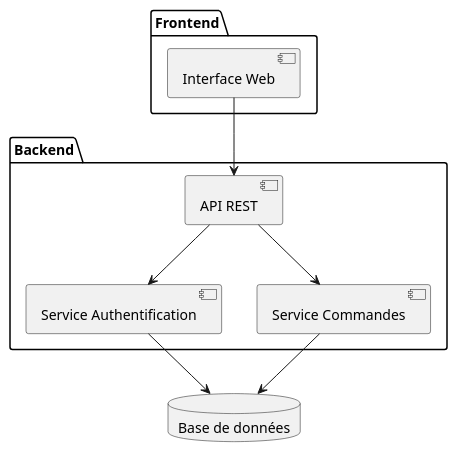
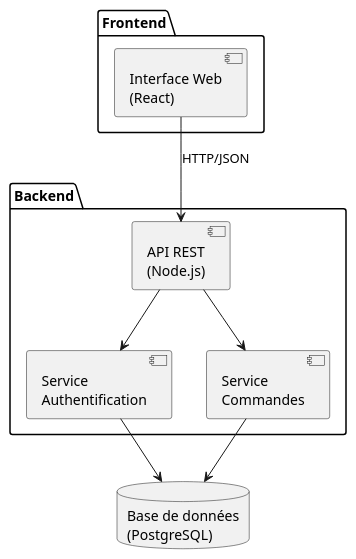
One commit to JR-CIEL-2-PROGRAMMATION/uml-learning changed the first of 2 diagrams in 07-diagramme-composants-deploiement/apport-de-connaissance/apport-de-connaissance.md. Above: the diagram before and after it, drawn with PlantUML. The commit also changed other lines of this file and 24 other files, not shown here.

First line of the commit message:
Remplacer Mermaid par PlantUML dans tous les apports de connaissance

````diff
--- a/07-diagramme-composants-deploiement/apport-de-connaissance/apport-de-connaissance.md
+++ b/07-diagramme-composants-deploiement/apport-de-connaissance/apport-de-connaissance.md
@@ -98,21 +33,21 @@
 ```plantuml
 @startuml
 package "Frontend" {
-    [Interface Web]
+    [Interface Web\n(React)]
 }
 
 package "Backend" {
-    [API REST]
-    [Service Authentification]
-    [Service Commandes]
+    [API REST\n(Node.js)]
+    [Service\nAuthentification]
+    [Service\nCommandes]
 }
 
-database "Base de données" as DB
+database "Base de données\n(PostgreSQL)" as DB
 
-[Interface Web] --> [API REST]
-[API REST] --> [Service Authentification]
-[API REST] --> [Service Commandes]
-[Service Authentification] --> DB
-[Service Commandes] --> DB
+[Interface Web\n(React)] --> [API REST\n(Node.js)] : HTTP/JSON
+[API REST\n(Node.js)] --> [Service\nAuthentification]
+[API REST\n(Node.js)] --> [Service\nCommandes]
+[Service\nAuthentification] --> DB
+[Service\nCommandes] --> DB
 @enduml
 ```
````
